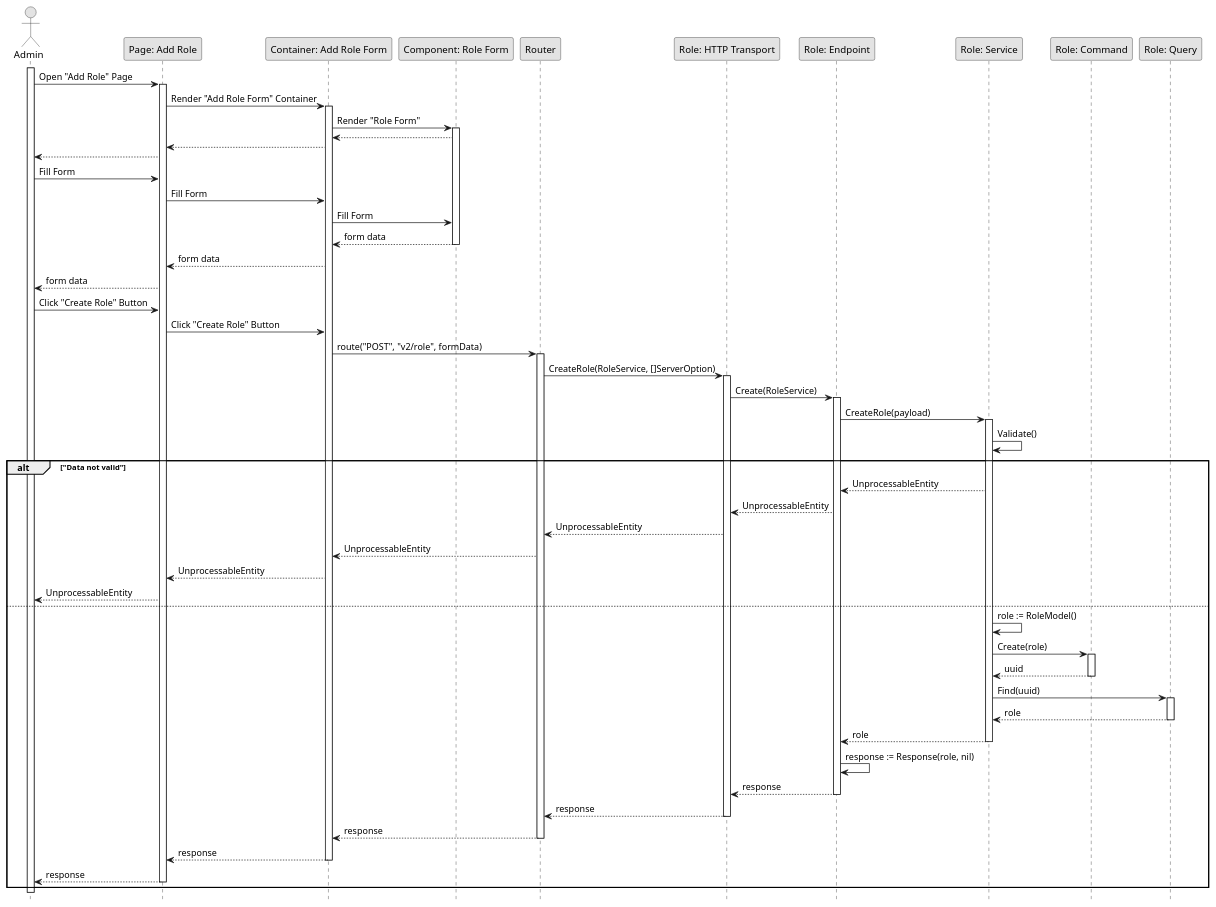
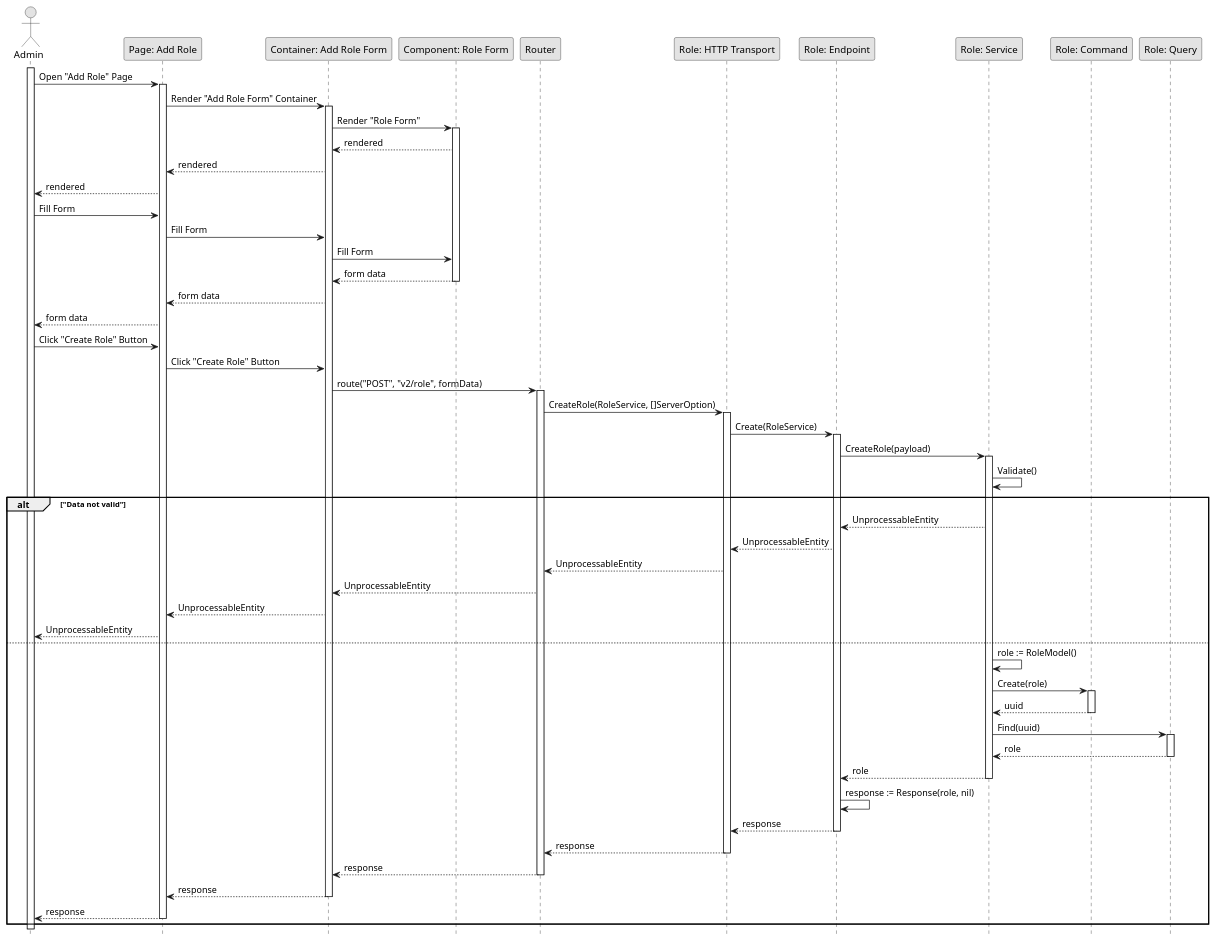
The diagram in Sequence/Release01/CreateRole.wsd (fwidjaya20/fazzlearning-uml), drawn with PlantUML before and after one commit. The commit also changed 15 other files, not shown here.

Commit message:
fix(sequence): adding return wording

```diff
--- a/Sequence/Release01/CreateRole.wsd
+++ b/Sequence/Release01/CreateRole.wsd
@@ -1,84 +1,84 @@
 @startuml CreateRole
 
 skinparam Monochrome true
 skinparam Shadowing false
 hide footbox
 
 actor Admin
 participant "Page: Add Role" as AddRolePage
 participant "Container: Add Role Form" as AddRoleFormContainer
 participant "Component: Role Form" as RoleForm
 participant "Router" as Router
 participant "Role: HTTP Transport" as RoleHTTPTransport
 participant "Role: Endpoint" as RoleEndpoint
 participant "Role: Service" as RoleService
 participant "Role: Command" as RoleCommand
 participant "Role: Query" as RoleQuery
 
 activate Admin
 
 Admin->AddRolePage: Open "Add Role" Page
 activate AddRolePage
 AddRolePage->AddRoleFormContainer: Render "Add Role Form" Container
 activate AddRoleFormContainer
 AddRoleFormContainer->RoleForm: Render "Role Form"
 activate RoleForm
-RoleForm-->AddRoleFormContainer
-AddRoleFormContainer-->AddRolePage
-AddRolePage-->Admin
+RoleForm-->AddRoleFormContainer: rendered
+AddRoleFormContainer-->AddRolePage: rendered
+AddRolePage-->Admin: rendered
 
 Admin->AddRolePage: Fill Form
 AddRolePage->AddRoleFormContainer: Fill Form
 AddRoleFormContainer->RoleForm: Fill Form
 RoleForm-->AddRoleFormContainer: form data
 deactivate RoleForm
 AddRoleFormContainer-->AddRolePage: form data
 AddRolePage-->Admin: form data
 
 Admin->AddRolePage: Click "Create Role" Button
 AddRolePage->AddRoleFormContainer: Click "Create Role" Button
 AddRoleFormContainer->Router: route("POST", "v2/role", formData)
 activate Router
 Router->RoleHTTPTransport: CreateRole(RoleService, []ServerOption)
 activate RoleHTTPTransport
 RoleHTTPTransport->RoleEndpoint: Create(RoleService)
 activate RoleEndpoint
 RoleEndpoint->RoleService: CreateRole(payload)
 activate RoleService
 RoleService->RoleService: Validate()
 
 alt "Data not valid"
     RoleService-->RoleEndpoint: UnprocessableEntity
     RoleEndpoint-->RoleHTTPTransport: UnprocessableEntity
     RoleHTTPTransport-->Router: UnprocessableEntity
     Router-->AddRoleFormContainer: UnprocessableEntity
     AddRoleFormContainer-->AddRolePage: UnprocessableEntity
     AddRolePage-->Admin: UnprocessableEntity
 else
     RoleService->RoleService: role := RoleModel()
     RoleService->RoleCommand: Create(role)
     activate RoleCommand
     RoleCommand-->RoleService: uuid
     deactivate RoleCommand
     RoleService->RoleQuery: Find(uuid)
     activate RoleQuery
     RoleQuery-->RoleService: role
     deactivate RoleQuery
     RoleService-->RoleEndpoint: role
     deactivate RoleService
     RoleEndpoint->RoleEndpoint: response := Response(role, nil)
     RoleEndpoint-->RoleHTTPTransport: response
     deactivate RoleEndpoint
     RoleHTTPTransport-->Router: response
     deactivate RoleHTTPTransport
     Router-->AddRoleFormContainer: response
     deactivate Router
     AddRoleFormContainer-->AddRolePage: response
     deactivate AddRoleFormContainer
     AddRolePage-->Admin: response
     deactivate AddRolePage
 end
 
 deactivate Admin
 
 @enduml
```
